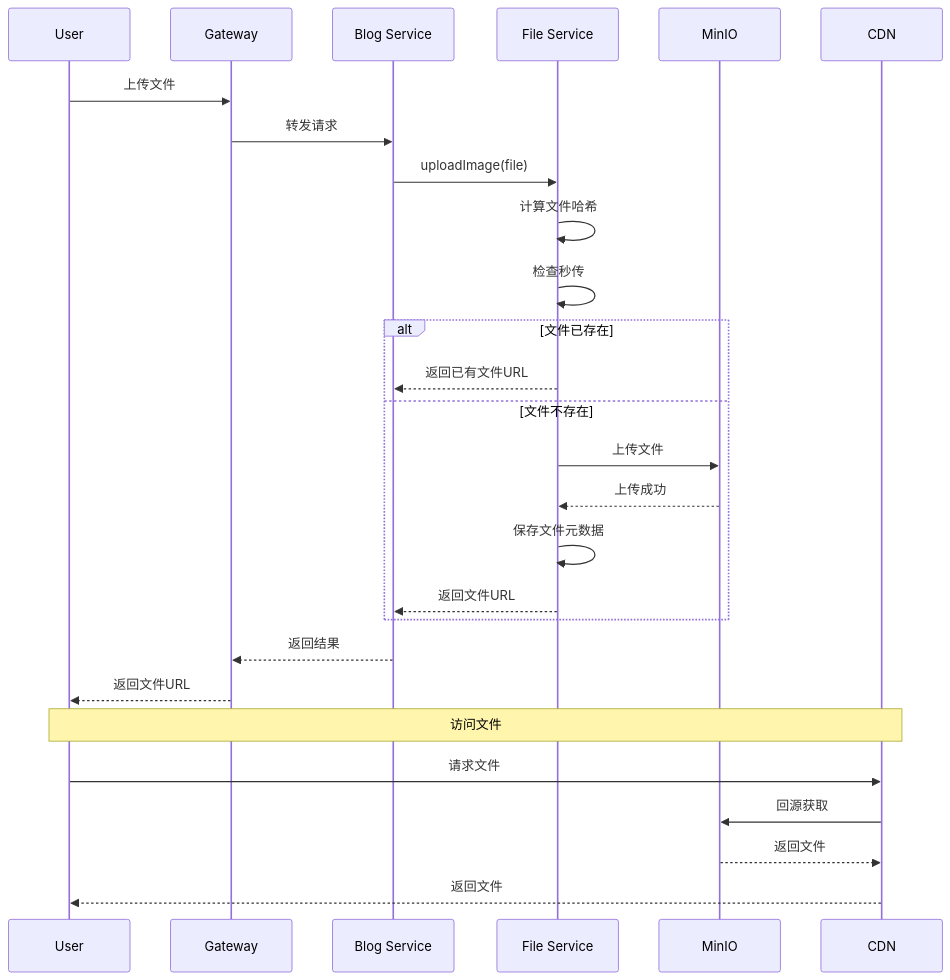
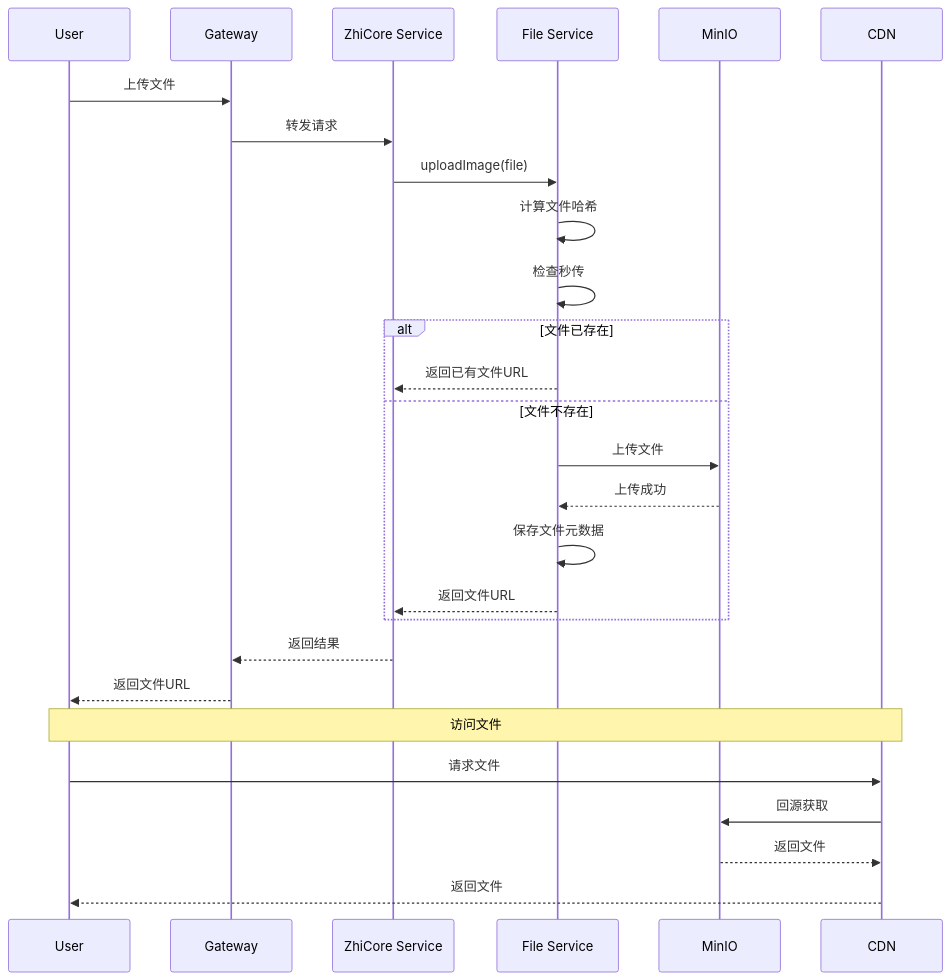
The third of 3 diagrams in .kiro/specs/file-service-integration/design.md (architectcgz/zhicore), drawn with Mermaid before and after one commit. The commit also changed other lines of this file and 1789 other files, not shown here.

````diff
--- a/.kiro/specs/file-service-integration/design.md
+++ b/.kiro/specs/file-service-integration/design.md
@@ -116,31 +116,31 @@
 ```mermaid
 sequenceDiagram
     participant U as User
     participant G as Gateway
-    participant BS as Blog Service
+    participant BS as ZhiCore Service
     participant FS as File Service
     participant M as MinIO
     participant CDN as CDN
     
     U->>G: 上传文件
     G->>BS: 转发请求
     BS->>FS: uploadImage(file)
     FS->>FS: 计算文件哈希
     FS->>FS: 检查秒传
     alt 文件已存在
         FS-->>BS: 返回已有文件URL
     else 文件不存在
         FS->>M: 上传文件
         M-->>FS: 上传成功
         FS->>FS: 保存文件元数据
         FS-->>BS: 返回文件URL
     end
     BS-->>G: 返回结果
     G-->>U: 返回文件URL
     
     Note over U,CDN: 访问文件
     U->>CDN: 请求文件
     CDN->>M: 回源获取
     M-->>CDN: 返回文件
     CDN-->>U: 返回文件
 ```
````
